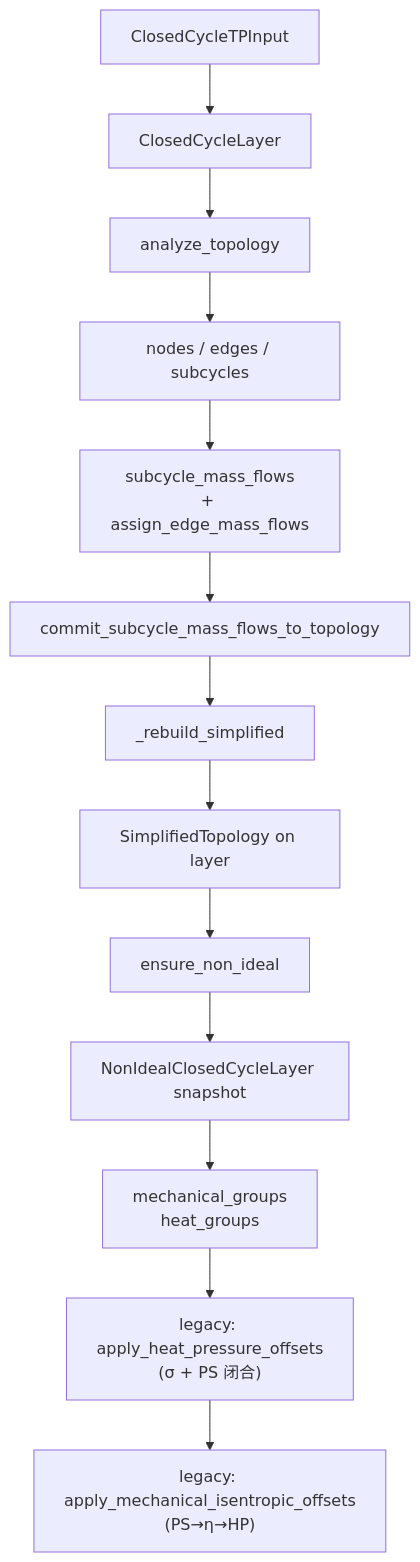
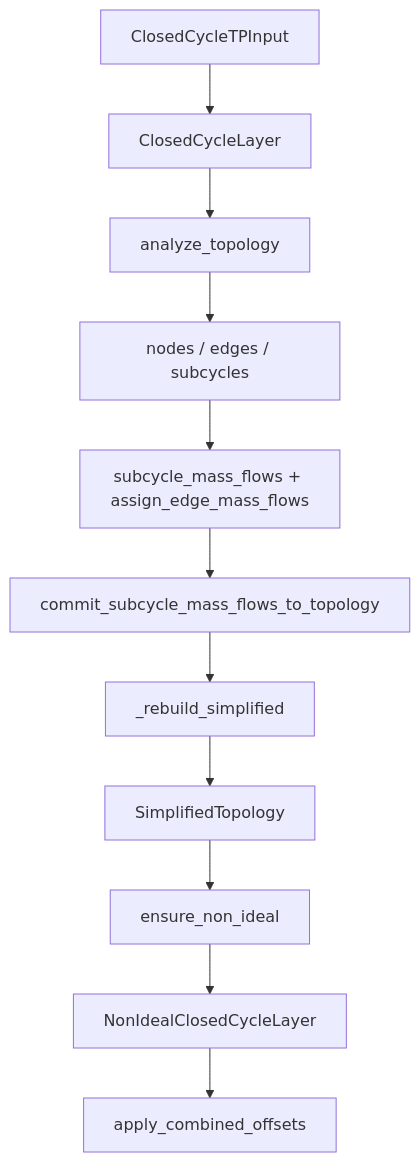
Before and after one commit to AkiVIVY/CyGES: the diagram in docs/architecture.md, drawn with Mermaid. The commit also changed other lines of this file and 10 other files, not shown here.

````diff
--- a/docs/architecture.md
+++ b/docs/architecture.md
@@ -11,15 +11,13 @@
 ```mermaid
 flowchart TD
     inp[ClosedCycleTPInput] --> layer[ClosedCycleLayer]
     layer --> analyze[analyze_topology]
     analyze --> topo[nodes / edges / subcycles]
-    topo --> mf["subcycle_mass_flows<br/>+ assign_edge_mass_flows"]
+    topo --> mf[subcycle_mass_flows + assign_edge_mass_flows]
     mf --> commit[commit_subcycle_mass_flows_to_topology]
     commit --> simp[_rebuild_simplified]
-    simp --> simplified[SimplifiedTopology on layer]
+    simp --> simplified[SimplifiedTopology]
     simplified --> ensure[ensure_non_ideal]
-    ensure --> ni[NonIdealClosedCycleLayer snapshot]
-    ni --> groups["mechanical_groups<br/>heat_groups"]
-    groups --> heatoff["legacy: apply_heat_pressure_offsets<br/>(σ + PS 闭合)"]
-    heatoff --> mechoff["legacy: apply_mechanical_isentropic_offsets<br/>(PS→η→HP)"]
+    ensure --> ni[NonIdealClosedCycleLayer]
+    ni --> off[apply_combined_offsets]
 ```
````
